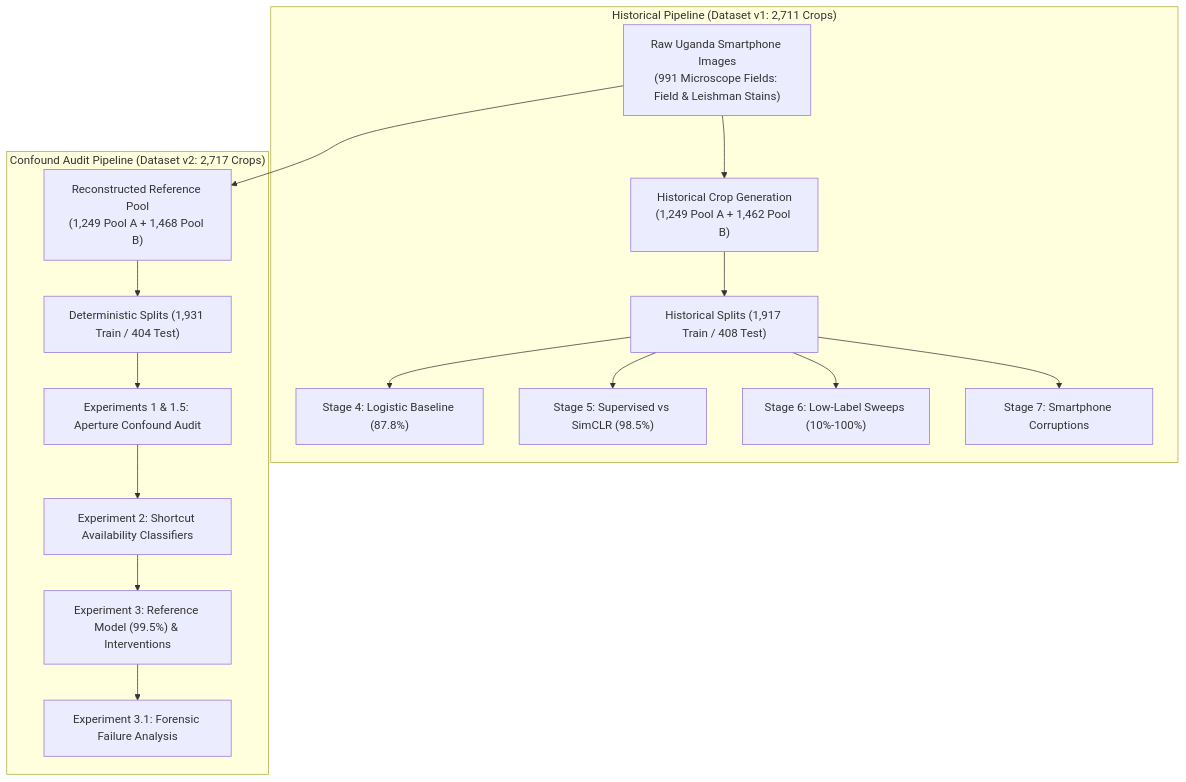
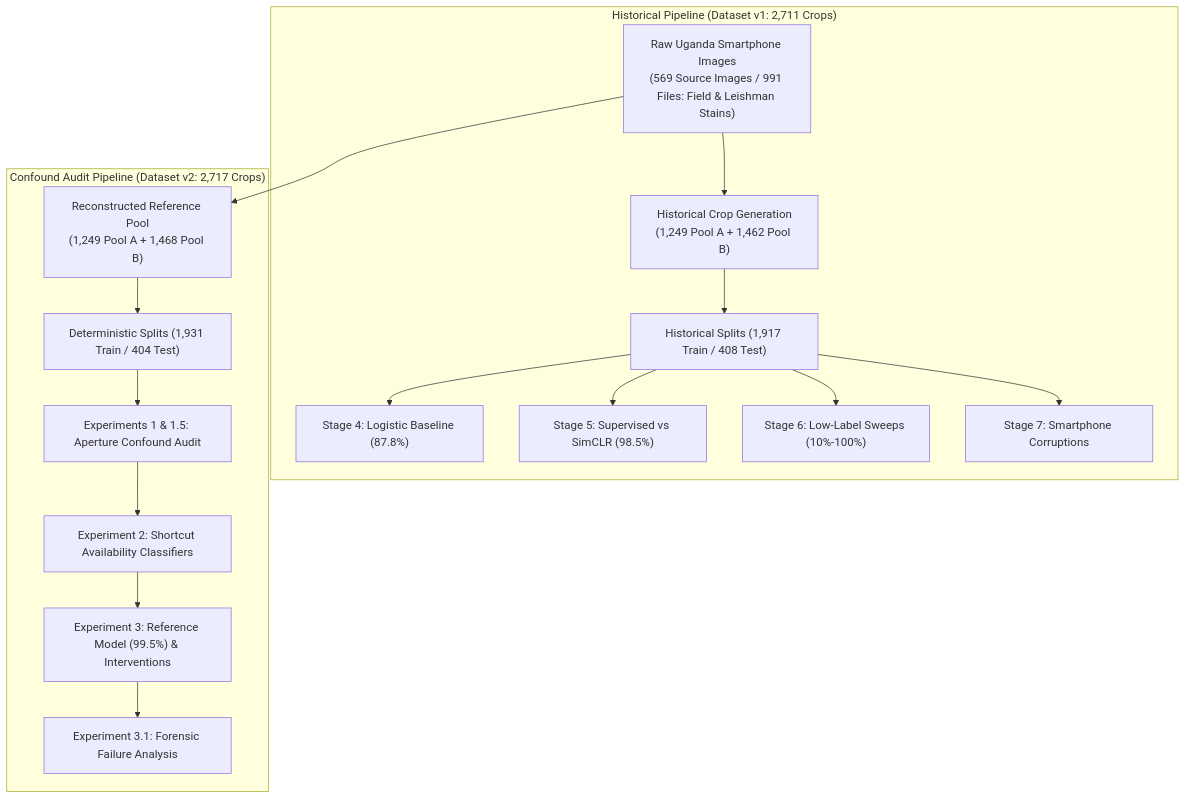
Before and after one commit to Shubhdeepdsa/sickel_cell_ssl: the third of 3 diagrams in README.md, drawn with Mermaid. The commit also changed other lines of this file and 2 other files, not shown here.

````diff
--- a/README.md
+++ b/README.md
@@ -158,22 +159,22 @@
 ```mermaid
 flowchart TD
-    RawData["Raw Uganda Smartphone Images<br/>(991 Microscope Fields: Field & Leishman Stains)"]
+    RawData["Raw Uganda Smartphone Images<br/>(569 Source Images / 991 Files: Field & Leishman Stains)"]
 
     subgraph BranchV1 ["Historical Pipeline (Dataset v1: 2,711 Crops)"]
         RawData --> V1Crops["Historical Crop Generation<br/>(1,249 Pool A + 1,462 Pool B)"]
         V1Crops --> V1Split["Historical Splits (1,917 Train / 408 Test)"]
         V1Split --> S4["Stage 4: Logistic Baseline (87.8%)"]
         V1Split --> S5["Stage 5: Supervised vs SimCLR (98.5%)"]
         V1Split --> S6["Stage 6: Low-Label Sweeps (10%-100%)"]
         V1Split --> S7["Stage 7: Smartphone Corruptions"]
     end
 
     subgraph BranchV2 ["Confound Audit Pipeline (Dataset v2: 2,717 Crops)"]
         RawData --> V2Crops["Reconstructed Reference Pool<br/>(1,249 Pool A + 1,468 Pool B)"]
         V2Crops --> V2Split["Deterministic Splits (1,931 Train / 404 Test)"]
         V2Split --> E1["Experiments 1 & 1.5: Aperture Confound Audit"]
         E1 --> E2["Experiment 2: Shortcut Availability Classifiers"]
         E2 --> E3["Experiment 3: Reference Model (99.5%) & Interventions"]
         E3 --> E31["Experiment 3.1: Forensic Failure Analysis"]
     end
 ```
````
